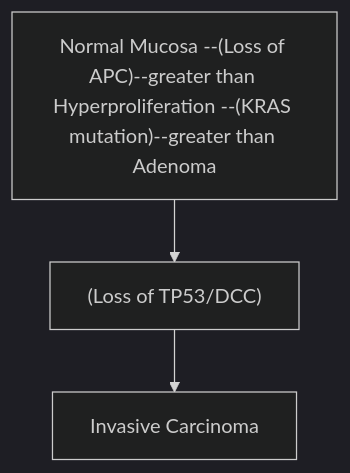
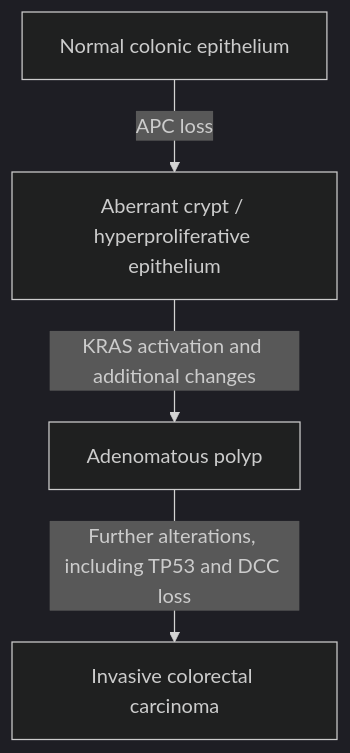
One commit to kartikswami768/neet-pg changed the second of 2 diagrams in Canonical notes/GIT/GIT_Chapter_11_Pathology_Small_Large_Intestines.md. Above: the diagram before and after it, drawn with Mermaid (dark theme). The commit also changed other lines of this file and 27 other files, not shown here.

````diff
--- a/Canonical notes/GIT/GIT_Chapter_11_Pathology_Small_Large_Intestines.md
+++ b/Canonical notes/GIT/GIT_Chapter_11_Pathology_Small_Large_Intestines.md
@@ -176,6 +180,6 @@
 ```mermaid
 flowchart TD
-  A["Normal Mucosa --(Loss of APC)--greater than Hyperproliferation --(KRAS mutation)--greater than Adenoma"]
-  A --> N1["(Loss of TP53/DCC)"]
-  N1 --> N2["Invasive Carcinoma"]
+    A["Normal colonic epithelium"] -->|"APC loss"| B["Aberrant crypt / hyperproliferative epithelium"]
+    B -->|"KRAS activation and additional changes"| C["Adenomatous polyp"]
+    C -->|"Further alterations, including TP53 and DCC loss"| D["Invasive colorectal carcinoma"]
 ```
````
